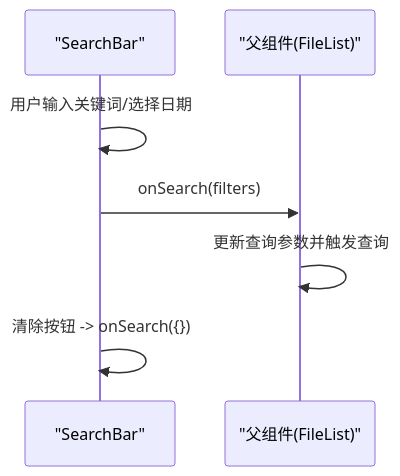
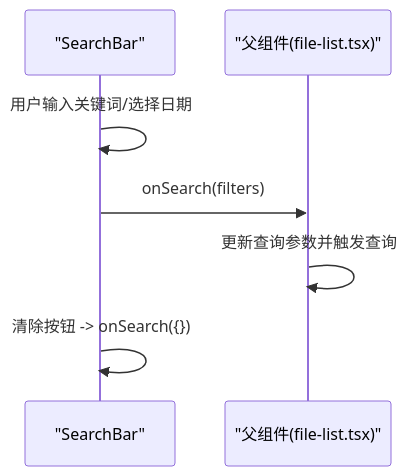
Before and after one commit to RadiumAg/image-saas: the sixth of 8 diagrams in .qoder/repowiki/zh/content/前端组件架构/功能组件/数据展示组件.md, drawn with Mermaid. The commit also changed other lines of this file and 60 other files, not shown here.

````diff
--- a/.qoder/repowiki/zh/content/前端组件架构/功能组件/数据展示组件.md
+++ b/.qoder/repowiki/zh/content/前端组件架构/功能组件/数据展示组件.md
@@ -292,9 +283,9 @@
 ```mermaid
 sequenceDiagram
 participant SB as "SearchBar"
-participant Parent as "父组件(FileList)"
+participant Parent as "父组件(file-list.tsx)"
 SB->>SB : 用户输入关键词/选择日期
 SB->>Parent : onSearch(filters)
 Parent->>Parent : 更新查询参数并触发查询
 SB->>SB : 清除按钮 -> onSearch({})
 ```
````
